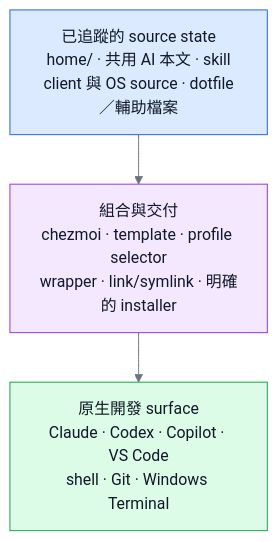
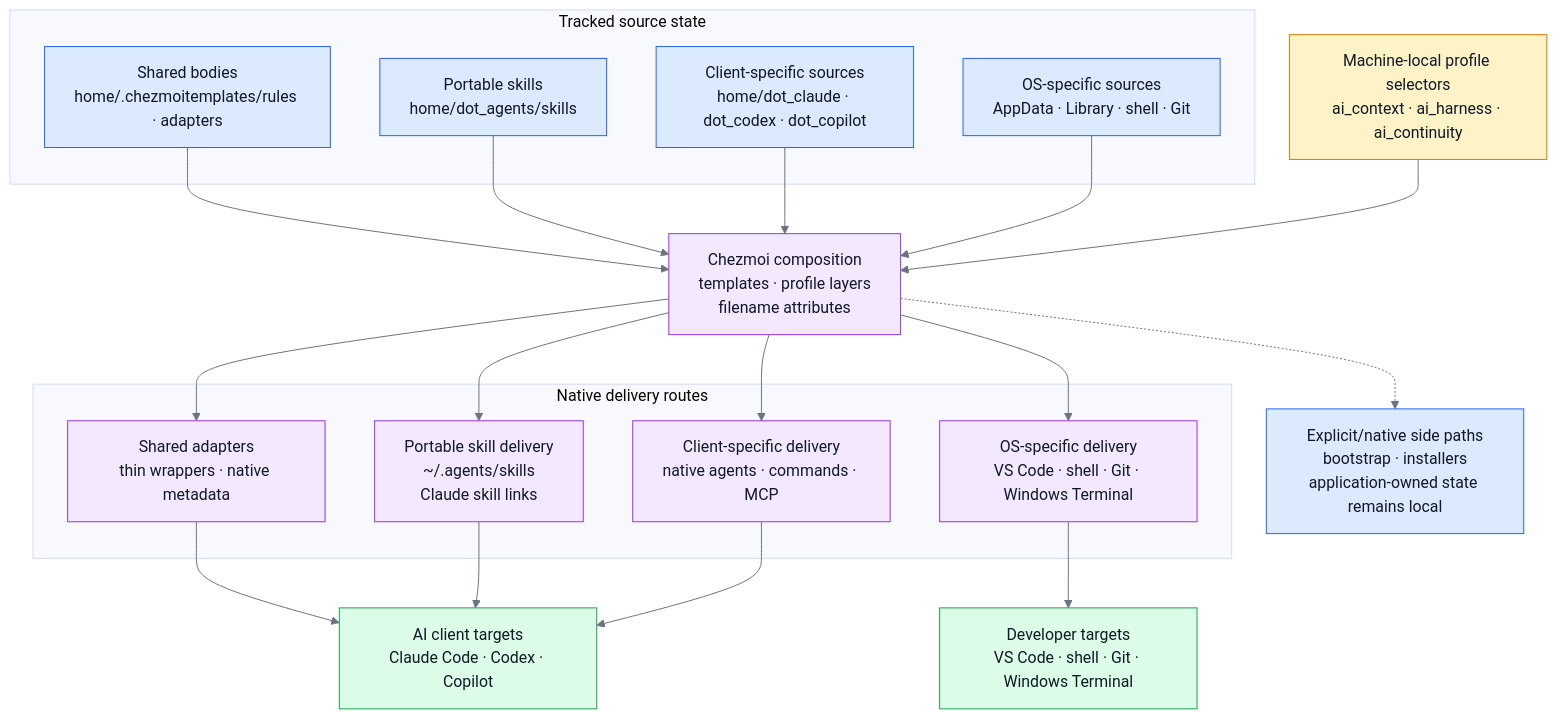
The first of 4 diagrams in README.zh-TW.md (sherrilla71940/dotfiles), drawn with Mermaid before and after one commit. The commit also changed other lines of this file and 5 other files, not shown here.

````diff
--- a/README.zh-TW.md
+++ b/README.zh-TW.md
@@ -115,16 +92,42 @@
 ```mermaid
 %%{init: {"theme": "base", "themeVariables": {"primaryTextColor": "#111827", "nodeTextColor": "#111827", "textColor": "#111827", "lineColor": "#6b7280"}, "flowchart": {"useMaxWidth": true}}}%%
 flowchart TB
-    sources["已追蹤的 source state<br/>home/ · 共用 AI 本文 · skill<br/>client 與 OS source · dotfile／輔助檔案"]:::source
-    delivery["組合與交付<br/>chezmoi · template · profile selector<br/>wrapper · link/symlink · 明確的 installer"]:::process
-    targets["原生開發 surface<br/>Claude · Codex · Copilot · VS Code<br/>shell · Git · Windows Terminal"]:::target
-    sources --> delivery --> targets
+    selectors["Machine-local profile selectors<br/>ai_context · ai_harness · ai_continuity"]:::choice
+
+    subgraph sources["Tracked source state"]
+        sharedSource["Shared bodies<br/>home/.chezmoitemplates/rules · adapters"]:::source
+        portableSource["Portable skills<br/>home/dot_agents/skills"]:::source
+        clientSource["Client-specific sources<br/>home/dot_claude · dot_codex · dot_copilot"]:::source
+        osSource["OS-specific sources<br/>AppData · Library · shell · Git"]:::source
+    end
+
+    compose["Chezmoi composition<br/>templates · profile layers<br/>filename attributes"]:::process
+
+    subgraph routes["Native delivery routes"]
+        sharedRoute["Shared adapters<br/>thin wrappers · native metadata"]:::process
+        portableRoute["Portable skill delivery<br/>~/.agents/skills<br/>Claude skill links"]:::process
+        clientRoute["Client-specific delivery<br/>native agents · commands · MCP"]:::process
+        osRoute["OS-specific delivery<br/>VS Code · shell · Git · Windows Terminal"]:::process
+    end
+
+    aiTargets["AI client targets<br/>Claude Code · Codex · Copilot"]:::target
+    developerTargets["Developer targets<br/>VS Code · shell · Git · Windows Terminal"]:::target
+    side["Explicit/native side paths<br/>bootstrap · installers<br/>application-owned state remains local"]:::handoff
+
+    sharedSource --> compose
+    portableSource --> compose
+    clientSource --> compose
+    osSource --> compose
+    selectors --> compose
+    compose --> sharedRoute --> aiTargets
+    compose --> portableRoute --> aiTargets
+    compose --> clientRoute --> aiTargets
+    compose --> osRoute --> developerTargets
+    compose -.-> side
 
     classDef source fill:#dbeafe,stroke:#2563eb,color:#111827
+    classDef choice fill:#fef3c7,stroke:#d97706,color:#111827
     classDef process fill:#f3e8ff,stroke:#9333ea,color:#111827
     classDef target fill:#dcfce7,stroke:#16a34a,color:#111827
-
-    style sources color:#111827
-    style delivery color:#111827
-    style targets color:#111827
+    classDef handoff fill:#dbeafe,stroke:#2563eb,color:#111827
 ```
````
